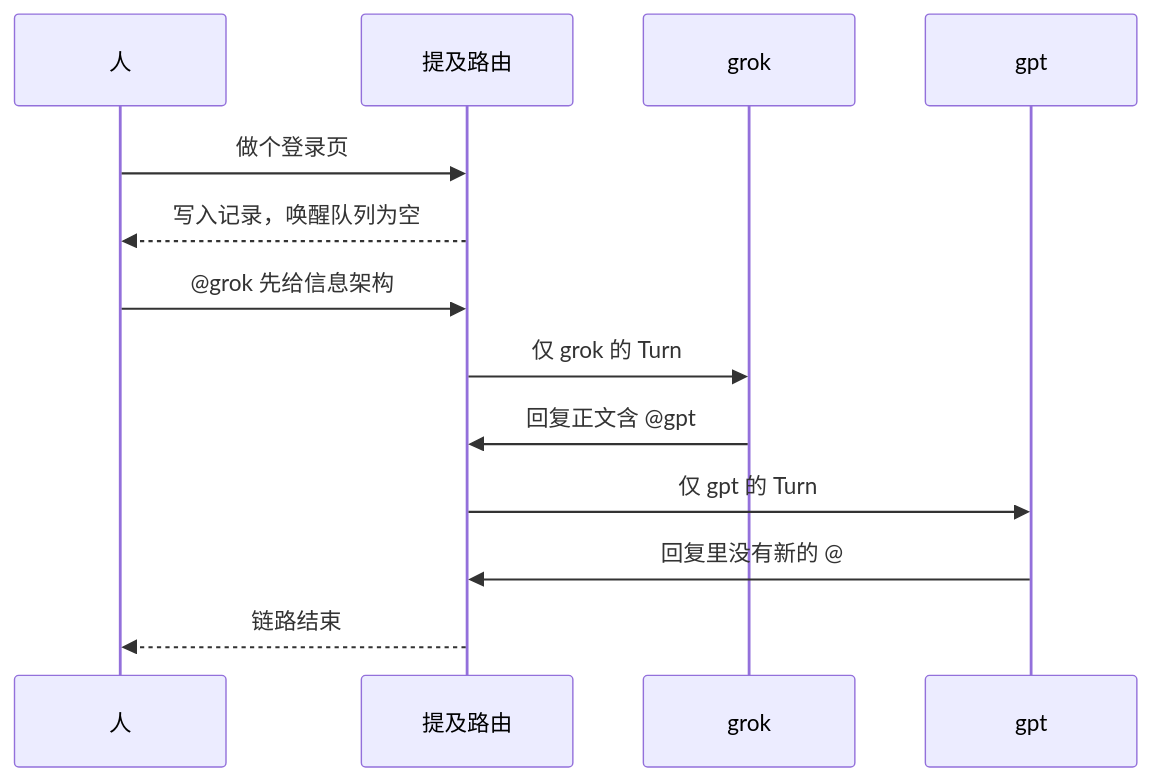
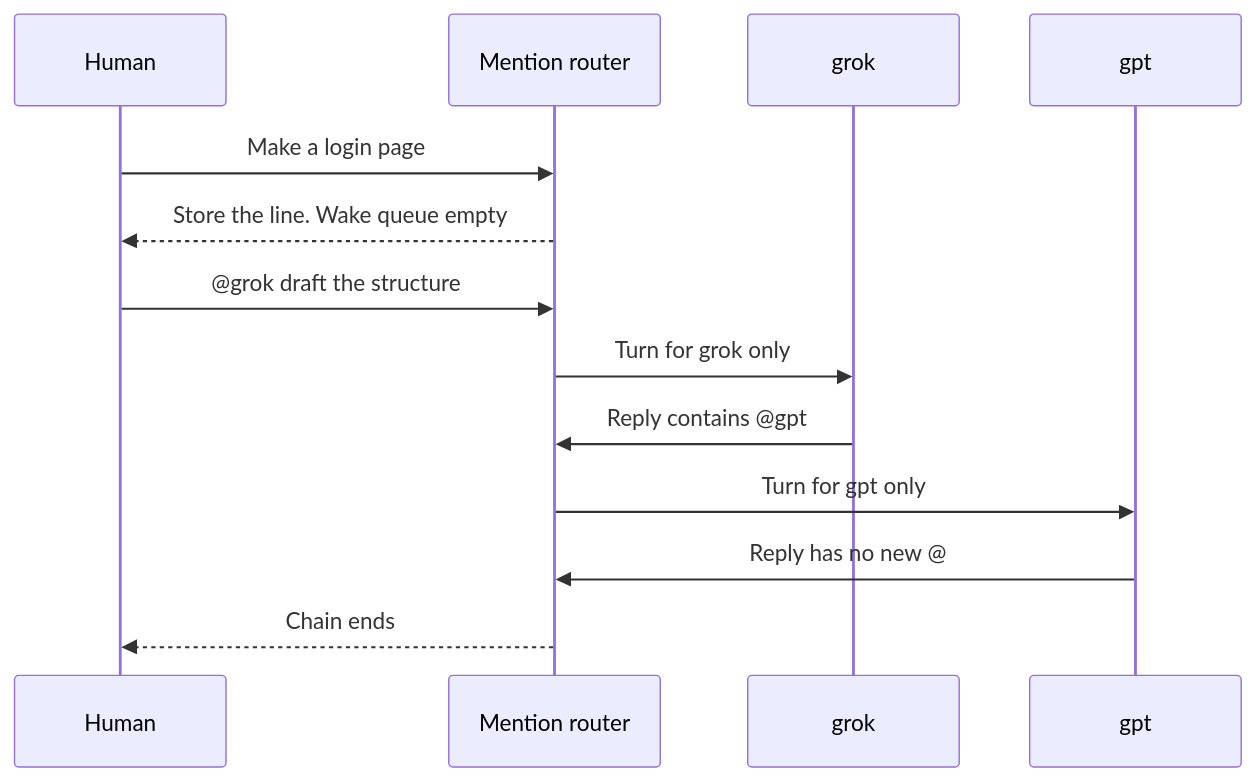
Before and after one commit to wugang12138/mention-workspace: the second of 2 diagrams in docs/architecture.md, drawn with Mermaid. The commit also changed other lines of this file and 5 other files, not shown here.

````diff
--- a/docs/architecture.md
+++ b/docs/architecture.md
@@ -94,15 +92,15 @@
 ```mermaid
 sequenceDiagram
-  participant H as 人
-  participant R as 提及路由
+  participant H as Human
+  participant R as Mention router
   participant G as grok
   participant P as gpt
-  H->>R: 做个登录页
-  R-->>H: 写入记录，唤醒队列为空
-  H->>R: @grok 先给信息架构
-  R->>G: 仅 grok 的 Turn
-  G->>R: 回复正文含 @gpt
-  R->>P: 仅 gpt 的 Turn
-  P->>R: 回复里没有新的 @
-  R-->>H: 链路结束
+  H->>R: Make a login page
+  R-->>H: Store the line. Wake queue empty
+  H->>R: @grok draft the structure
+  R->>G: Turn for grok only
+  G->>R: Reply contains @gpt
+  R->>P: Turn for gpt only
+  P->>R: Reply has no new @
+  R-->>H: Chain ends
 ```
````
